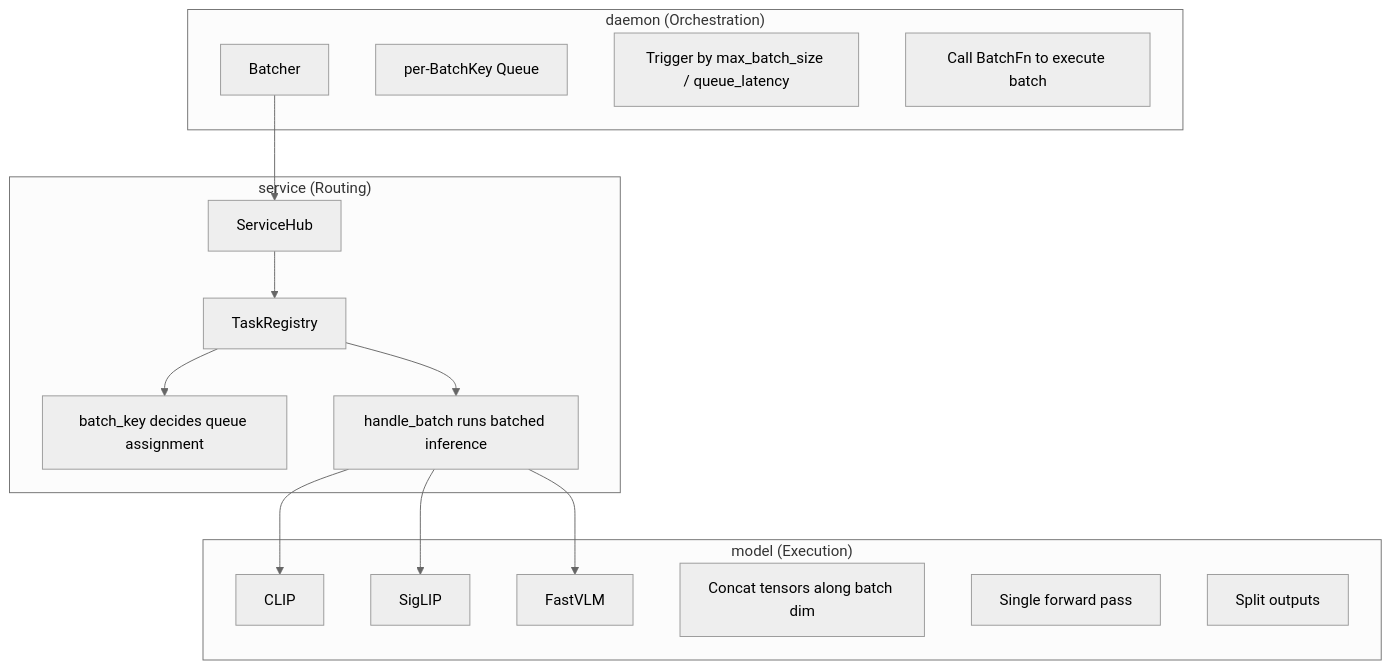
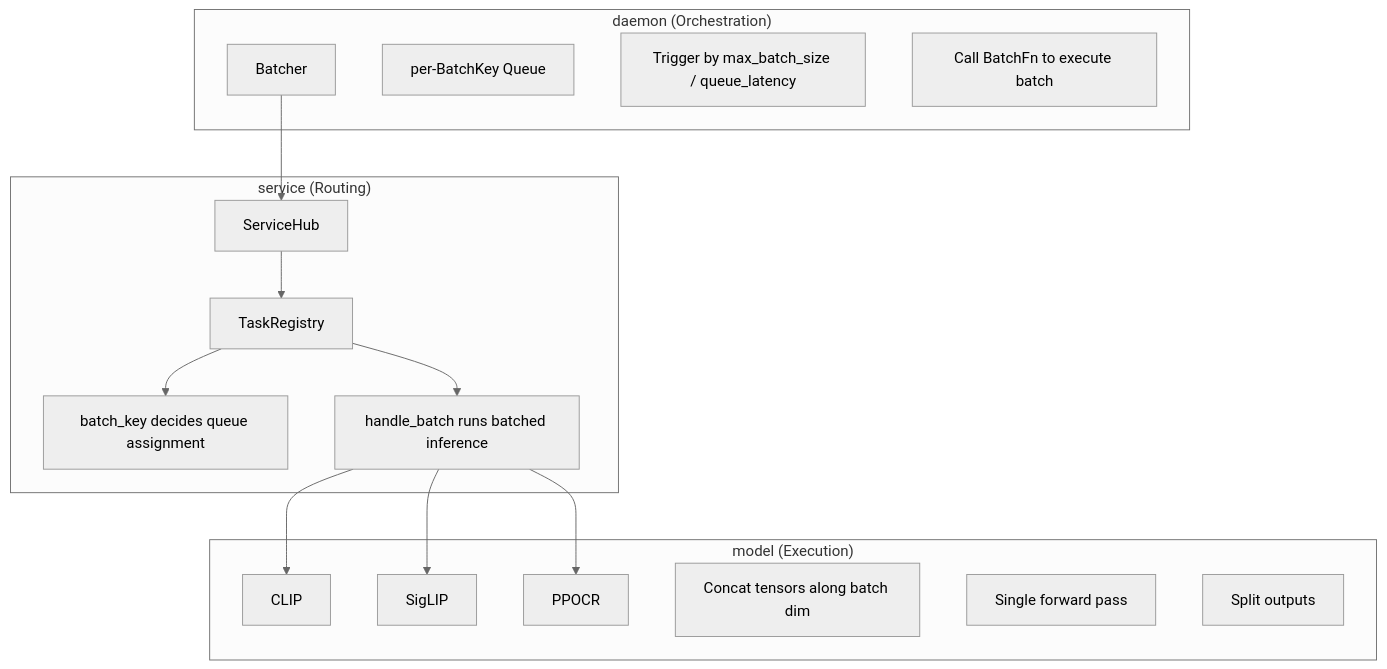
The first of 2 diagrams in docs/docs/architecture/batching.md (EdwinZhanCN/Lumen-Hub), drawn with Mermaid (neutral theme) before and after one commit. The commit also changed 32 other files, not shown here.

````diff
--- a/docs/docs/architecture/batching.md
+++ b/docs/docs/architecture/batching.md
@@ -17,33 +17,33 @@
 ```mermaid
 graph TD
     subgraph daemon["daemon (Orchestration)"]
         Batcher
         Queue[per-BatchKey Queue]
         Trigger[Trigger by max_batch_size / queue_latency]
         BatchFn[Call BatchFn to execute batch]
     end
 
     subgraph service["service (Routing)"]
         Hub[ServiceHub]
         Registry[TaskRegistry]
         BKey[batch_key decides queue assignment]
         HBatch[handle_batch runs batched inference]
     end
 
     subgraph model["model (Execution)"]
         CLIP
         SigLIP
-        FVLM[FastVLM]
+        PPOCR
         Concat[Concat tensors along batch dim]
         Forward[Single forward pass]
         Split[Split outputs]
     end
 
     Batcher --> Hub
     Hub --> Registry
     Registry --> BKey
     Registry --> HBatch
     HBatch --> CLIP
     HBatch --> SigLIP
-    HBatch --> FVLM
+    HBatch --> PPOCR
 ```
````
